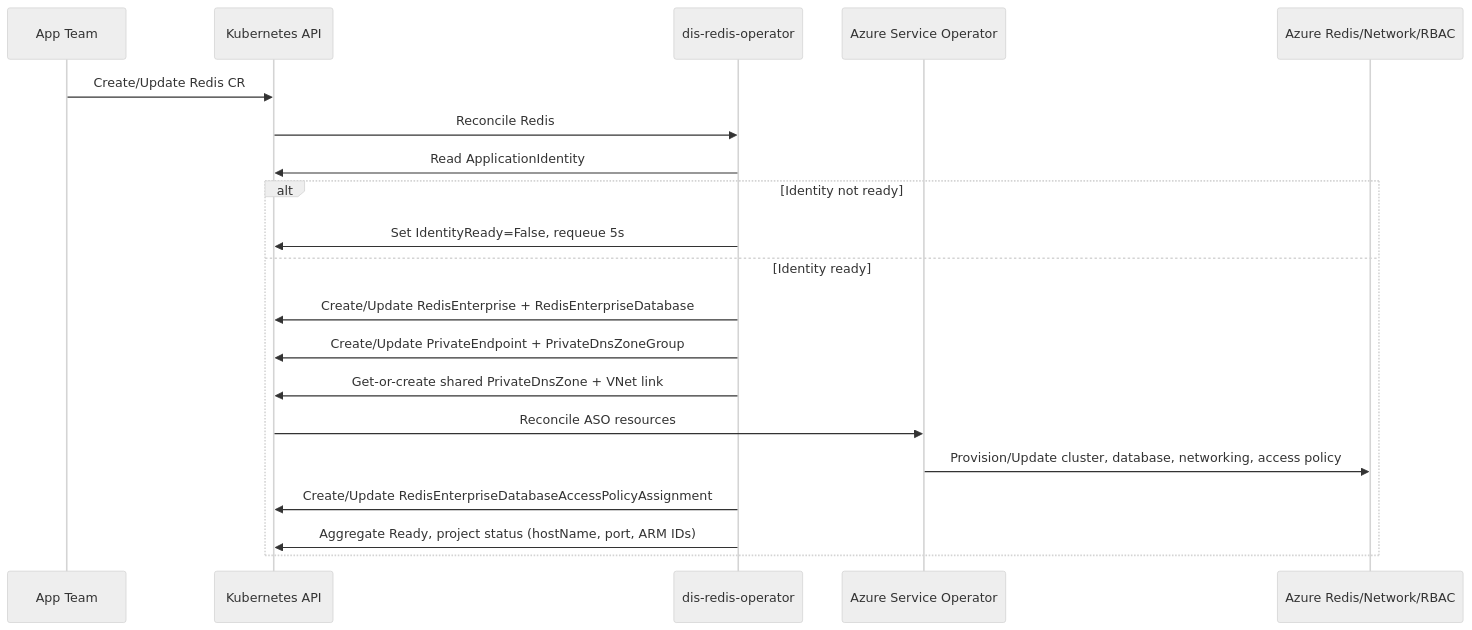
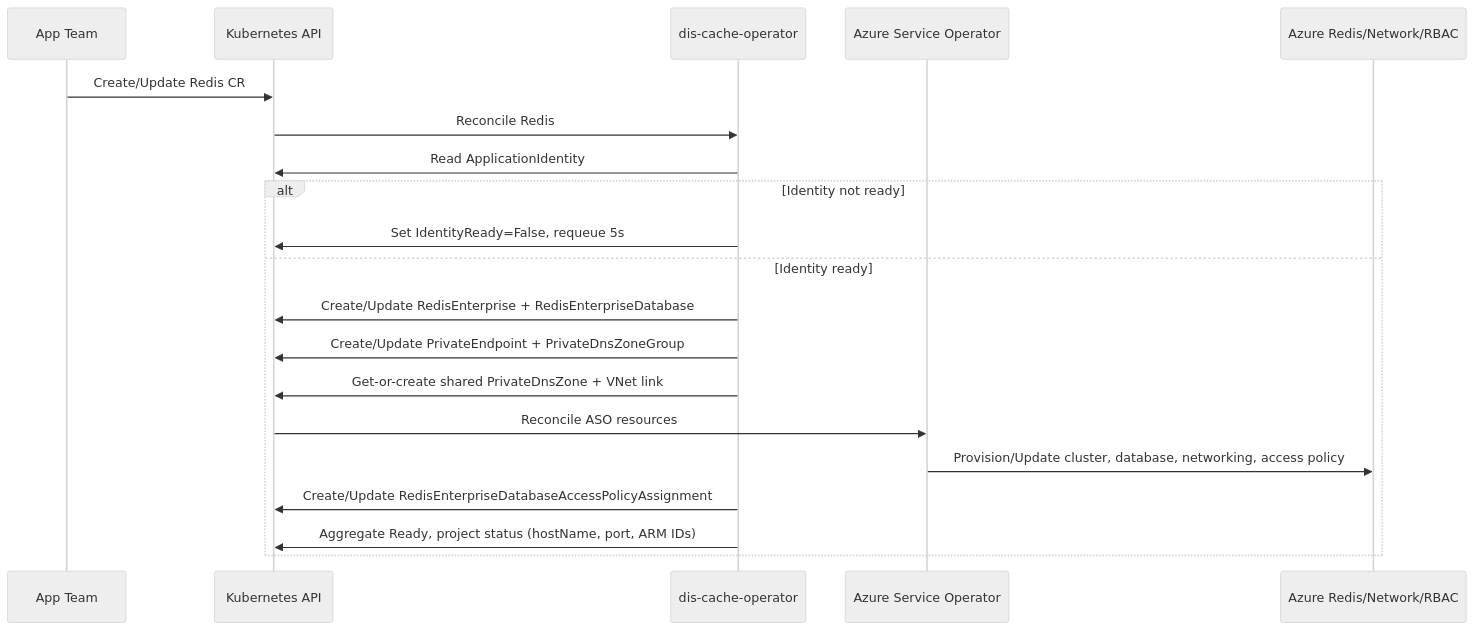
One commit to Altinn/altinn-platform changed the diagram in rfcs/0014-self-service-managed-redis.md. Above: the diagram before and after it, drawn with Mermaid (neutral theme). The commit also changed other lines of this file and 96 other files, not shown here.

First line of the commit message:
refactor(dis-cache-operator): rename dis-redis-operator to dis-cache-operator

````diff
--- a/rfcs/0014-self-service-managed-redis.md
+++ b/rfcs/0014-self-service-managed-redis.md
@@ -145,23 +145,23 @@
 ```mermaid
 sequenceDiagram
 participant dev as App Team
 participant kapi as Kubernetes API
-participant redisop as dis-redis-operator
+participant redisop as dis-cache-operator
 participant aso as Azure Service Operator
 participant azure as Azure Redis/Network/RBAC
 
 dev->>kapi: Create/Update Redis CR
 kapi->>redisop: Reconcile Redis
 redisop->>kapi: Read ApplicationIdentity
 alt Identity not ready
   redisop->>kapi: Set IdentityReady=False, requeue 5s
 else Identity ready
   redisop->>kapi: Create/Update RedisEnterprise + RedisEnterpriseDatabase
   redisop->>kapi: Create/Update PrivateEndpoint + PrivateDnsZoneGroup
   redisop->>kapi: Get-or-create shared PrivateDnsZone + VNet link
   kapi->>aso: Reconcile ASO resources
   aso->>azure: Provision/Update cluster, database, networking, access policy
   redisop->>kapi: Create/Update RedisEnterpriseDatabaseAccessPolicyAssignment
   redisop->>kapi: Aggregate Ready, project status (hostName, port, ARM IDs)
 end
 ```
````
